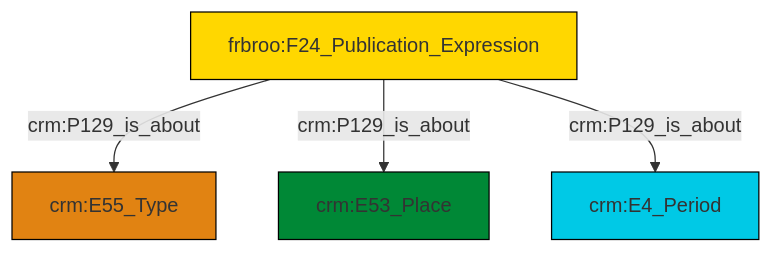
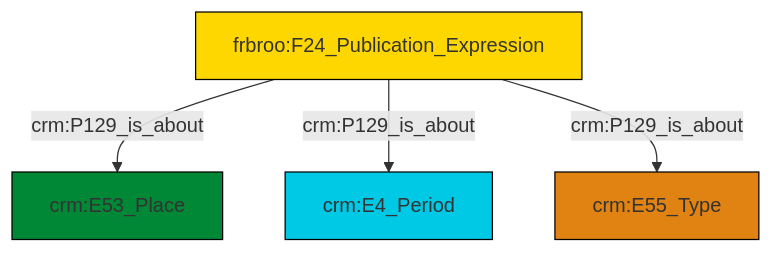
The diagram in et/biblioCSV/ttl/mmd/biblio_aboutness.ttl.mmd (swiss-art-research-net/reference-data-models), drawn with Mermaid before and after one commit. The commit also changed 130 other files, not shown here.

```diff
--- a/et/biblioCSV/ttl/mmd/biblio_aboutness.ttl.mmd
+++ b/et/biblioCSV/ttl/mmd/biblio_aboutness.ttl.mmd
@@ -1,18 +1,18 @@
 graph TD
 classDef Literal fill:#f2f2f2,stroke:#000000;
 classDef CRM_Entity fill:#FFFFFF,stroke:#000000;
 classDef Temporal_Entity fill:#00C9E6, stroke:#000000;
 classDef Type fill:#E18312, stroke:#000000;
 classDef Time-Span fill:#2C9C91, stroke:#000000;
 classDef Appellation fill:#FFEB7F, stroke:#000000;
 classDef Place fill:#008836, stroke:#000000;
 classDef Persistent_Item fill:#B266B2, stroke:#000000;
 classDef Conceptual_Object fill:#FFD700, stroke:#000000;
 classDef Physical_Thing fill:#D2B48C, stroke:#000000;
 classDef Actor fill:#f58aad, stroke:#000000;
 classDef PC_Classes fill:#4ce600, stroke:#000000;
 classDef Multi fill:#cccccc,stroke:#000000;
 
-6["frbroo:F24_Publication_Expression"]:::Conceptual_Object -->|crm:P129_is_about| 4["crm:E55_Type"]:::Type
-6["frbroo:F24_Publication_Expression"]:::Conceptual_Object -->|crm:P129_is_about| 0["crm:E53_Place"]:::Place
-6["frbroo:F24_Publication_Expression"]:::Conceptual_Object -->|crm:P129_is_about| 2["crm:E4_Period"]:::Temporal_Entity
+0["frbroo:F24_Publication_Expression"]:::Conceptual_Object -->|crm:P129_is_about| 1["crm:E53_Place"]:::Place
+0["frbroo:F24_Publication_Expression"]:::Conceptual_Object -->|crm:P129_is_about| 6["crm:E4_Period"]:::Temporal_Entity
+0["frbroo:F24_Publication_Expression"]:::Conceptual_Object -->|crm:P129_is_about| 4["crm:E55_Type"]:::Type
```
